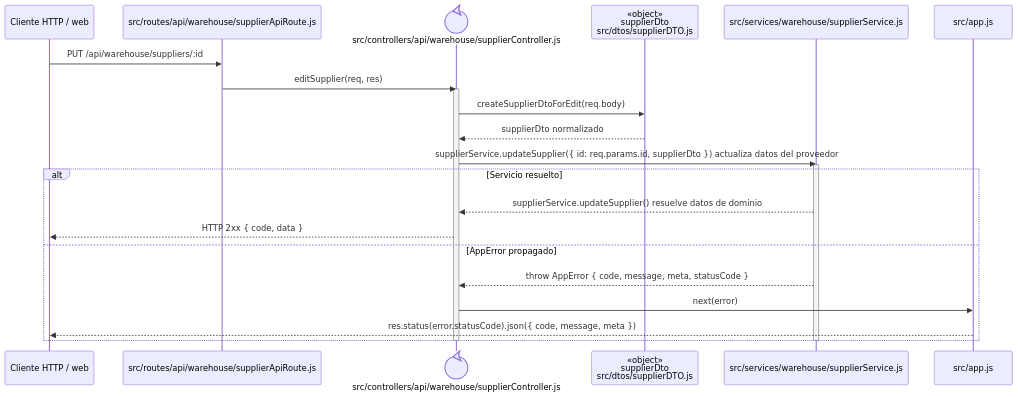
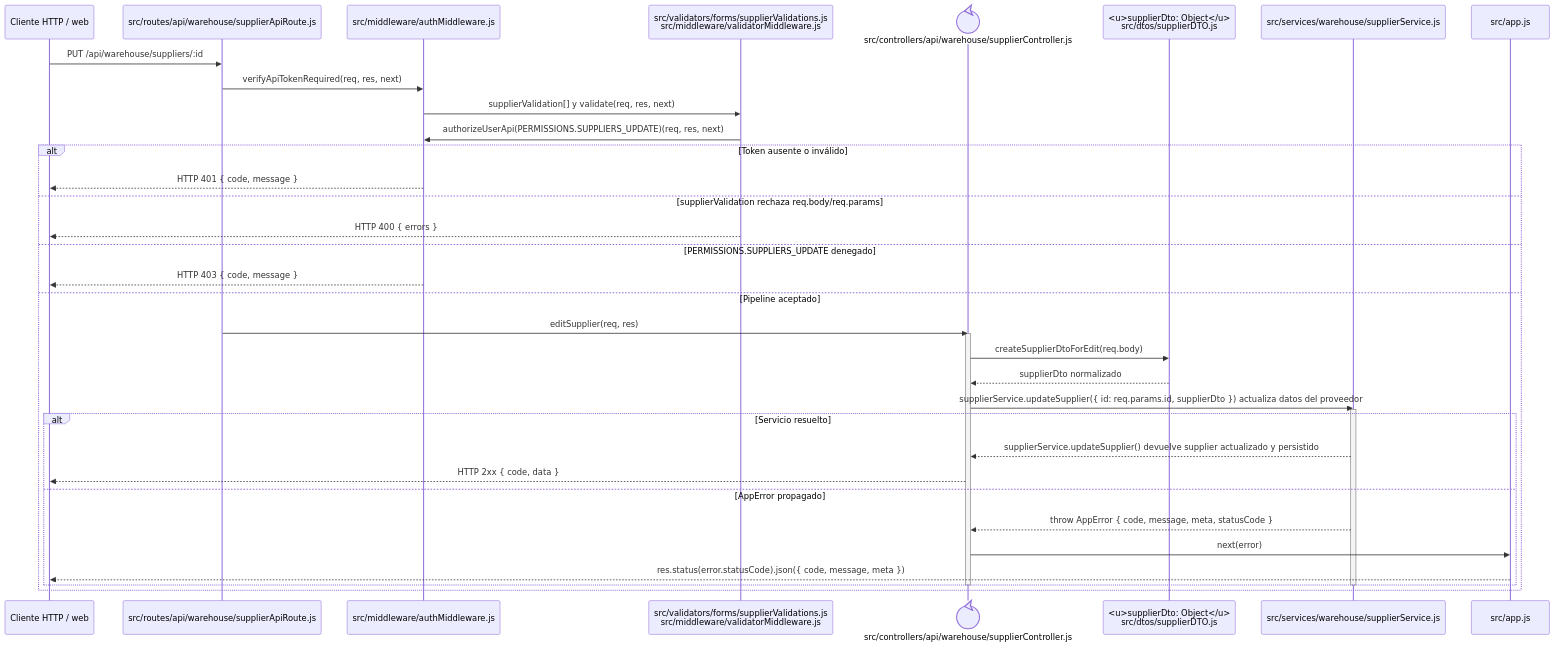
Before and after one commit to gpgsistemas01/nexus: the diagram in docs/architecture/backend-code-sequences/catalogs/cu-cat-03.md, drawn with Mermaid. The commit also changed 102 other files, not shown here.

````diff
--- a/docs/architecture/backend-code-sequences/catalogs/cu-cat-03.md
+++ b/docs/architecture/backend-code-sequences/catalogs/cu-cat-03.md
@@ -6,27 +6,40 @@
 ```mermaid
 sequenceDiagram
     participant Client as Cliente HTTP / web
     participant Route as src/routes/api/warehouse/supplierApiRoute.js
+    participant Auth as src/middleware/authMiddleware.js
+    participant Validator as src/validators/forms/supplierValidations.js<br/>src/middleware/validatorMiddleware.js
     participant Controller@{ "type": "control" } as src/controllers/api/warehouse/supplierController.js
-    participant SupplierDto as «object»<br/>supplierDto<br/>src/dtos/supplierDTO.js
+    participant SupplierDto as <u>supplierDto: Object</u><br/>src/dtos/supplierDTO.js
     participant Domain as src/services/warehouse/supplierService.js
     participant ErrorHandler as src/app.js
 
     Client->>Route: PUT /api/warehouse/suppliers/:id
-    Route->>Controller: editSupplier(req, res)
-    activate Controller
-    Controller->>SupplierDto: createSupplierDtoForEdit(req.body)
-    SupplierDto-->>Controller: supplierDto normalizado
-    Controller->>Domain: supplierService.updateSupplier({ id: req.params.id, supplierDto }) actualiza datos del proveedor
-    activate Domain
-    alt Servicio resuelto
-        Domain-->>Controller: supplierService.updateSupplier() resuelve datos de dominio
-        Controller-->>Client: HTTP 2xx { code, data }
-    else AppError propagado
-        Domain-->>Controller: throw AppError { code, message, meta, statusCode }
-        Controller->>ErrorHandler: next(error)
-        ErrorHandler-->>Client: res.status(error.statusCode).json({ code, message, meta })
+    Route->>Auth: verifyApiTokenRequired(req, res, next)
+    Auth->>Validator: supplierValidation[] y validate(req, res, next)
+    Validator->>Auth: authorizeUserApi(PERMISSIONS.SUPPLIERS_UPDATE)(req, res, next)
+    alt Token ausente o inválido
+        Auth-->>Client: HTTP 401 { code, message }
+    else supplierValidation rechaza req.body/req.params
+        Validator-->>Client: HTTP 400 { errors }
+    else PERMISSIONS.SUPPLIERS_UPDATE denegado
+        Auth-->>Client: HTTP 403 { code, message }
+    else Pipeline aceptado
+        Route->>Controller: editSupplier(req, res)
+        activate Controller
+        Controller->>SupplierDto: createSupplierDtoForEdit(req.body)
+        SupplierDto-->>Controller: supplierDto normalizado
+        Controller->>Domain: supplierService.updateSupplier({ id: req.params.id, supplierDto }) actualiza datos del proveedor
+        activate Domain
+        alt Servicio resuelto
+            Domain-->>Controller: supplierService.updateSupplier() devuelve supplier actualizado y persistido
+            Controller-->>Client: HTTP 2xx { code, data }
+        else AppError propagado
+            Domain-->>Controller: throw AppError { code, message, meta, statusCode }
+            Controller->>ErrorHandler: next(error)
+            ErrorHandler-->>Client: res.status(error.statusCode).json({ code, message, meta })
+        end
+        deactivate Domain
+        deactivate Controller
     end
-    deactivate Domain
-    deactivate Controller
 ```
````
